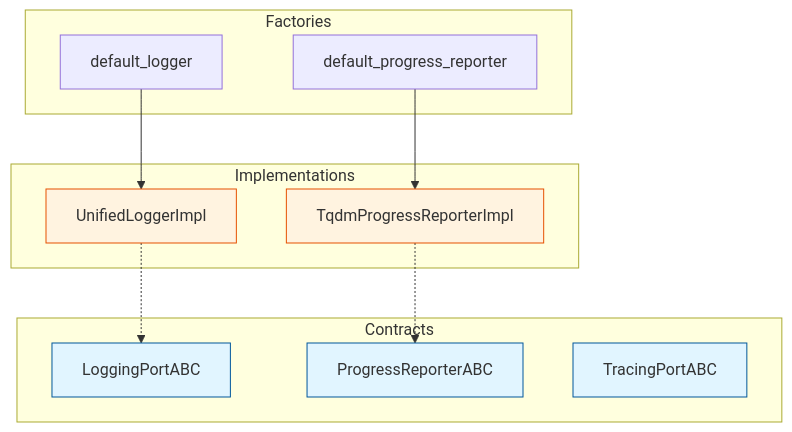
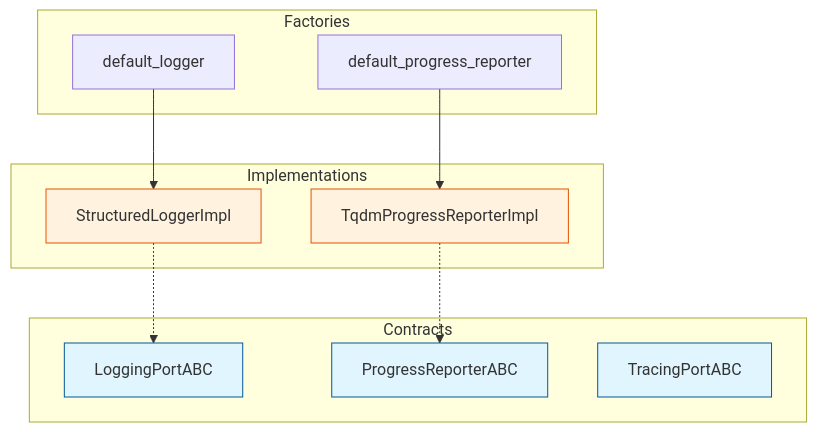
Before and after one commit to SatoryKono/BioactivityDataAcquisition: the second of 2 diagrams in docs/infrastructure/logging/00-logging-diagram.md, drawn with Mermaid. The commit also changed other lines of this file and 5 other files, not shown here.

First line of the commit message:
refactor(infrastructure): remove duplicate UnifiedLoggerImpl class

````diff
--- a/docs/infrastructure/logging/00-logging-diagram.md
+++ b/docs/infrastructure/logging/00-logging-diagram.md
@@ -30,29 +30,29 @@
 ```mermaid
 graph TB
     subgraph "Contracts"
         LA[LoggingPortABC]
         PA[ProgressReporterABC]
         TA[TracingPortABC]
     end
     
     subgraph "Factories"
         DL[default_logger]
         DPR[default_progress_reporter]
     end
     
     subgraph "Implementations"
-        UL[UnifiedLoggerImpl]
+        SL[StructuredLoggerImpl]
         TP[TqdmProgressReporterImpl]
     end
-    
-    DL --> UL
+
+    DL --> SL
     DPR --> TP
-    UL -.-> LA
+    SL -.-> LA
     TP -.-> PA
     
     style LA fill:#e1f5ff,stroke:#01579b
     style PA fill:#e1f5ff,stroke:#01579b
     style TA fill:#e1f5ff,stroke:#01579b
-    style UL fill:#fff3e0,stroke:#e65100
+    style SL fill:#fff3e0,stroke:#e65100
     style TP fill:#fff3e0,stroke:#e65100
 ```
````
